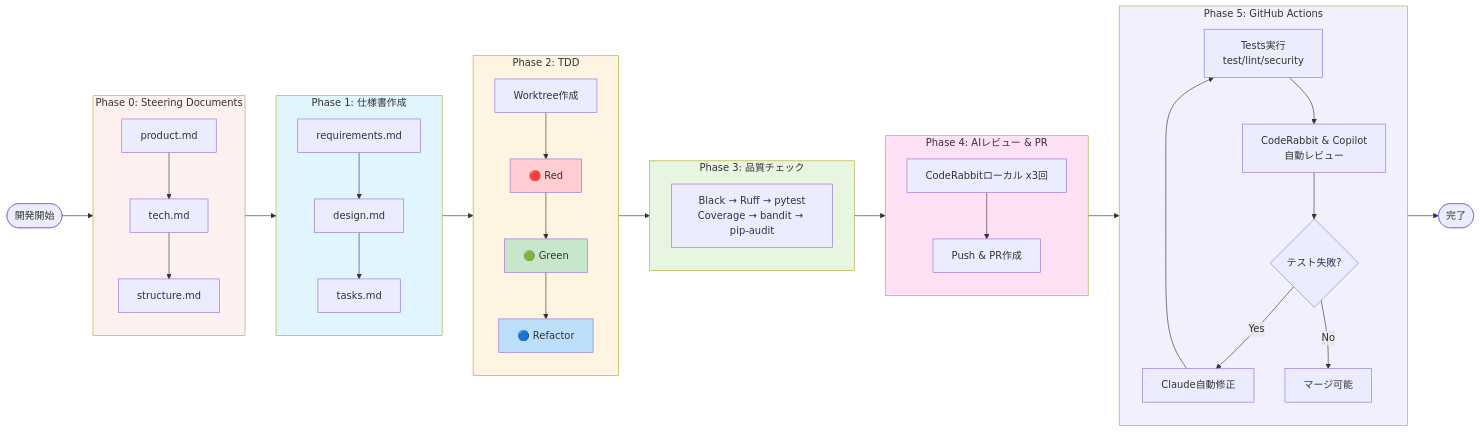
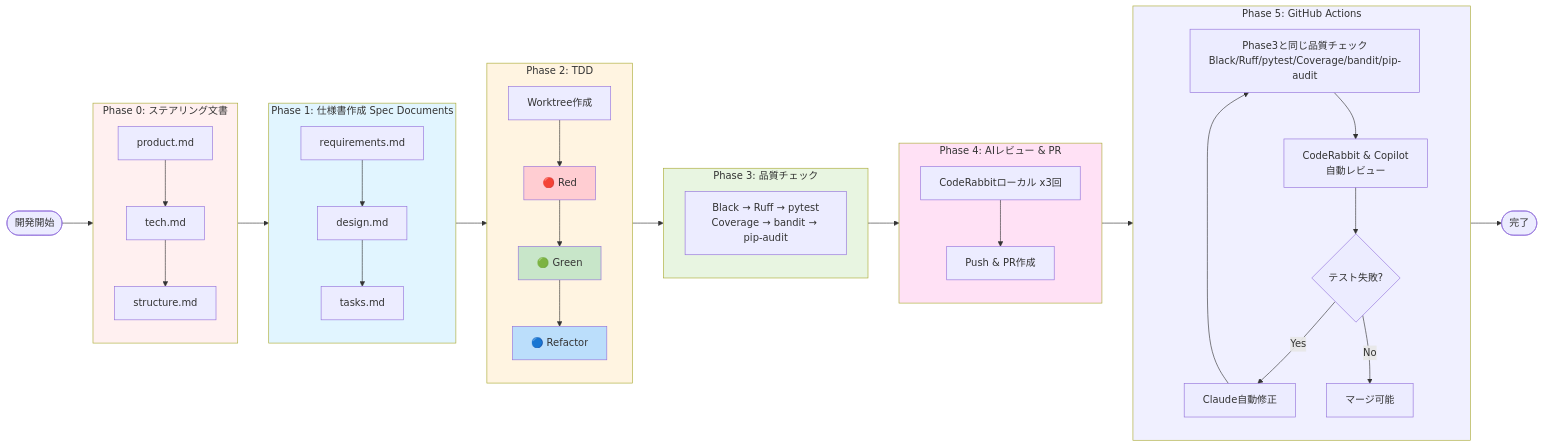
The first of 4 diagrams in workflow.md (penpon/fairy), drawn with Mermaid before and after one commit.

````diff
--- a/workflow.md
+++ b/workflow.md
@@ -5,60 +5,60 @@
 ```mermaid
 flowchart LR
     Start([開発開始]) --> P0
 
-    subgraph P0[Phase 0: Steering Documents]
+    subgraph P0[Phase 0: ステアリング文書]
         direction TB
         Product[product.md] --> Tech[tech.md] --> Structure[structure.md]
     end
 
     P0 --> P1
 
-    subgraph P1[Phase 1: 仕様書作成]
+    subgraph P1[Phase 1: 仕様書作成 Spec Documents]
         direction TB
         Req[requirements.md] --> Design[design.md] --> Tasks[tasks.md]
     end
 
     P1 --> P2
 
     subgraph P2[Phase 2: TDD]
         direction TB
         Worktree[Worktree作成] --> Red[🔴 Red] --> Green[🟢 Green] --> Refactor[🔵 Refactor]
     end
 
     P2 --> P3
 
     subgraph P3[Phase 3: 品質チェック]
         direction TB
         QC[Black → Ruff → pytest<br/>Coverage → bandit → pip-audit]
     end
 
     P3 --> P4
 
     subgraph P4[Phase 4: AIレビュー & PR]
         direction TB
         CR[CodeRabbitローカル x3回] --> Push[Push & PR作成]
     end
 
     P4 --> P5
 
     subgraph P5[Phase 5: GitHub Actions]
         direction TB
-        GH_Test[Tests実行<br/>test/lint/security] --> GH_Review[CodeRabbit & Copilot<br/>自動レビュー]
+        GH_Test[Phase3と同じ品質チェック<br/>Black/Ruff/pytest/Coverage/bandit/pip-audit] --> GH_Review[CodeRabbit & Copilot<br/>自動レビュー]
         GH_Review --> GH_Fix{テスト失敗?}
         GH_Fix -->|Yes| GH_Claude[Claude自動修正]
         GH_Claude --> GH_Test
         GH_Fix -->|No| GH_Merge[マージ可能]
     end
 
     P5 --> End([完了])
 
     style P0 fill:#fff0f0
     style P1 fill:#e1f5ff
     style P2 fill:#fff4e1
     style P3 fill:#e8f5e1
     style P4 fill:#ffe1f5
     style P5 fill:#f0f0ff
     style Red fill:#ffcdd2
     style Green fill:#c8e6c9
     style Refactor fill:#bbdefb
 ```
````
